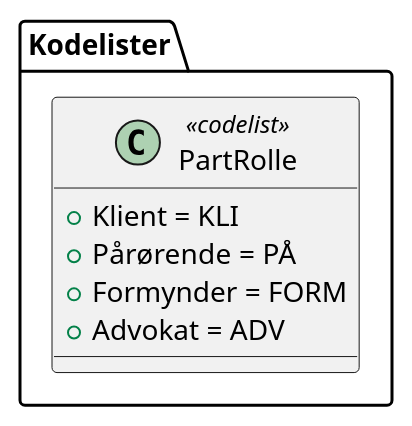
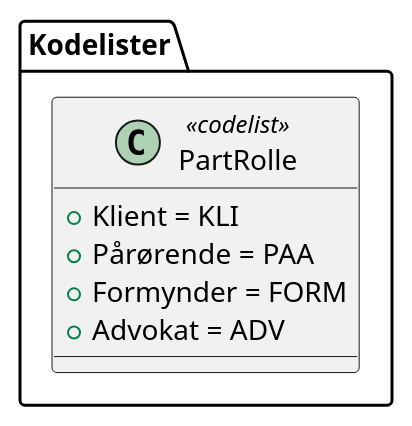
Before and after one commit to arkivverket/noark5-tjenestegrensesnitt-standard: the diagram in kapitler/media/uml-codelist-partrolle.iuml, drawn with PlantUML. The commit also changed 2 other files, not shown here.

Commit message:
Oppdaterte UML fra kapittel 7.

```diff
--- a/kapitler/media/uml-codelist-partrolle.iuml
+++ b/kapitler/media/uml-codelist-partrolle.iuml
@@ -1,8 +1,8 @@
 @startuml
 class Kodelister.PartRolle <<codelist>> {
   +Klient = KLI
-  +Pårørende = PÅ
+  +Pårørende = PAA
   +Formynder = FORM
   +Advokat = ADV
 }
 @enduml
```
